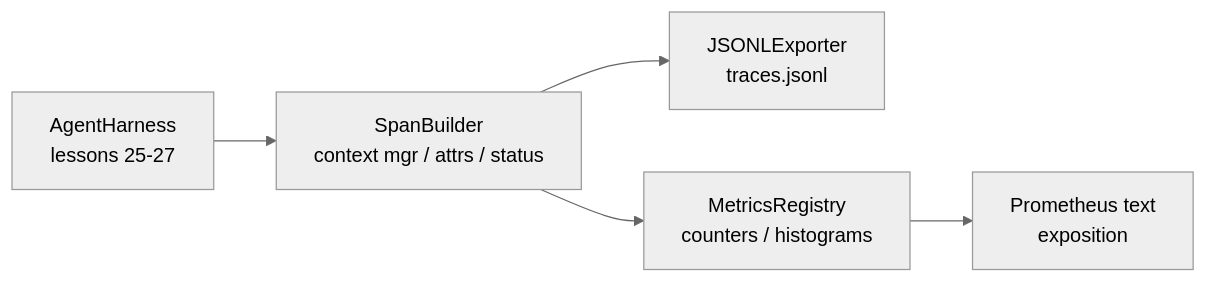
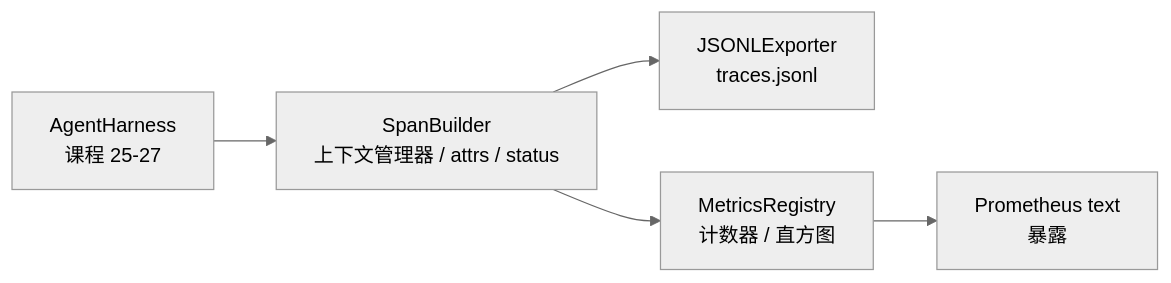
Before and after one commit to guangningsun/ailearning: the second of 2 diagrams in lessons/19-capstone-projects/28-observability-otel-traces/docs/zh.md, drawn with Mermaid (neutral theme). The commit also changed other lines of this file and 85 other files, not shown here.

````diff
--- a/lessons/19-capstone-projects/28-observability-otel-traces/docs/zh.md
+++ b/lessons/19-capstone-projects/28-observability-otel-traces/docs/zh.md
@@ -52,7 +52,7 @@
 ```mermaid
 flowchart LR
-  Harness[AgentHarness<br/>lessons 25-27] --> Span[SpanBuilder<br/>context mgr / attrs / status]
+  Harness[AgentHarness<br/>课程 25-27] --> Span[SpanBuilder<br/>上下文管理器 / attrs / status]
   Span --> Exporter[JSONLExporter<br/>traces.jsonl]
-  Span --> Metrics[MetricsRegistry<br/>counters / histograms]
-  Metrics --> Prom[Prometheus text<br/>exposition]
+  Span --> Metrics[MetricsRegistry<br/>计数器 / 直方图]
+  Metrics --> Prom[Prometheus text<br/>暴露]
 ```
````
